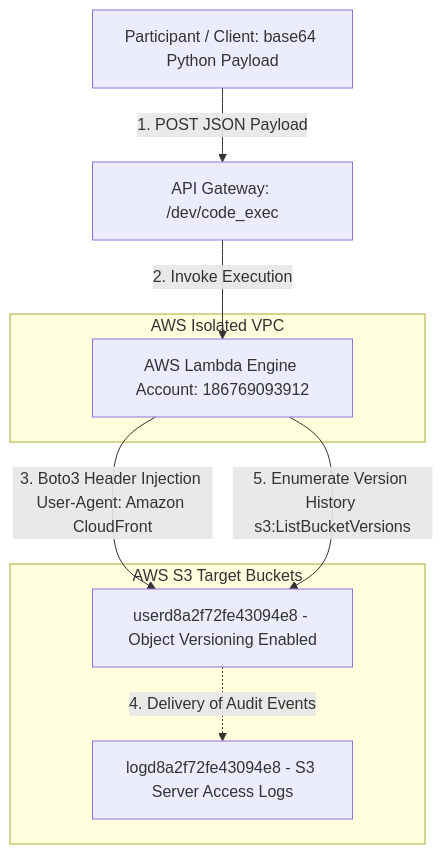
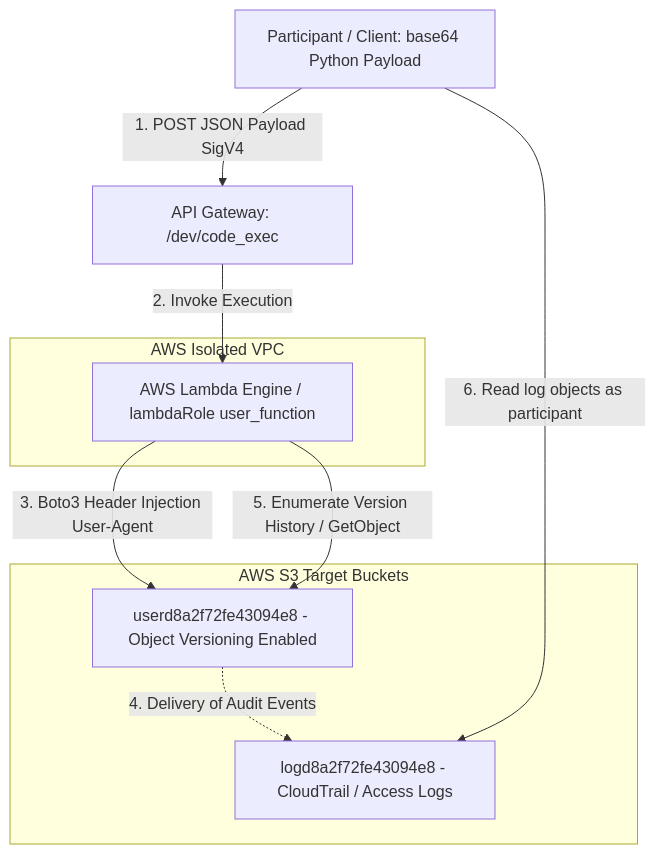
One commit to FREECANDY-DEV/MAFAT-2026 changed the first of 2 diagrams in cloud-escape/Stage_2_Miss_Me_Yet.md. Above: the diagram before and after it, drawn with Mermaid. The commit also changed other lines of this file and 6 other files, not shown here.

````diff
--- a/cloud-escape/Stage_2_Miss_Me_Yet.md
+++ b/cloud-escape/Stage_2_Miss_Me_Yet.md
@@ -64,20 +66,21 @@
 ```mermaid
 graph TD
     A["Participant / Client: base64 Python Payload"]
     B["API Gateway: /dev/code_exec"]
 
     subgraph VPC ["AWS Isolated VPC"]
-        C["AWS Lambda Engine Account: 186769093912"]
+        C["AWS Lambda Engine / lambdaRole user_function"]
     end
 
     subgraph S3_Layer ["AWS S3 Target Buckets"]
         D["userd8a2f72fe43094e8 - Object Versioning Enabled"]
-        E["logd8a2f72fe43094e8 - S3 Server Access Logs"]
+        E["logd8a2f72fe43094e8 - CloudTrail / Access Logs"]
     end
 
-    A -->|1. POST JSON Payload| B
+    A -->|1. POST JSON Payload SigV4| B
     B -->|2. Invoke Execution| C
-    C -->|3. Boto3 Header Injection User-Agent: Amazon CloudFront| D
+    C -->|3. Boto3 Header Injection User-Agent| D
     D -.->|4. Delivery of Audit Events| E
-    C -->|5. Enumerate Version History s3:ListBucketVersions| D
+    C -->|5. Enumerate Version History / GetObject| D
+    A -->|6. Read log objects as participant| E
 ```
````
